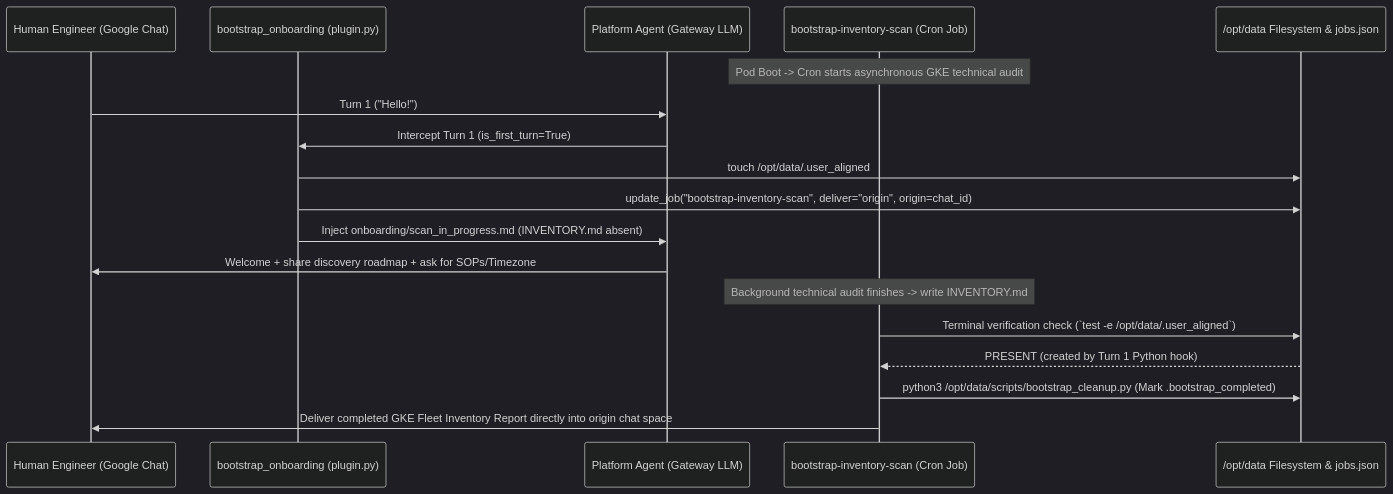
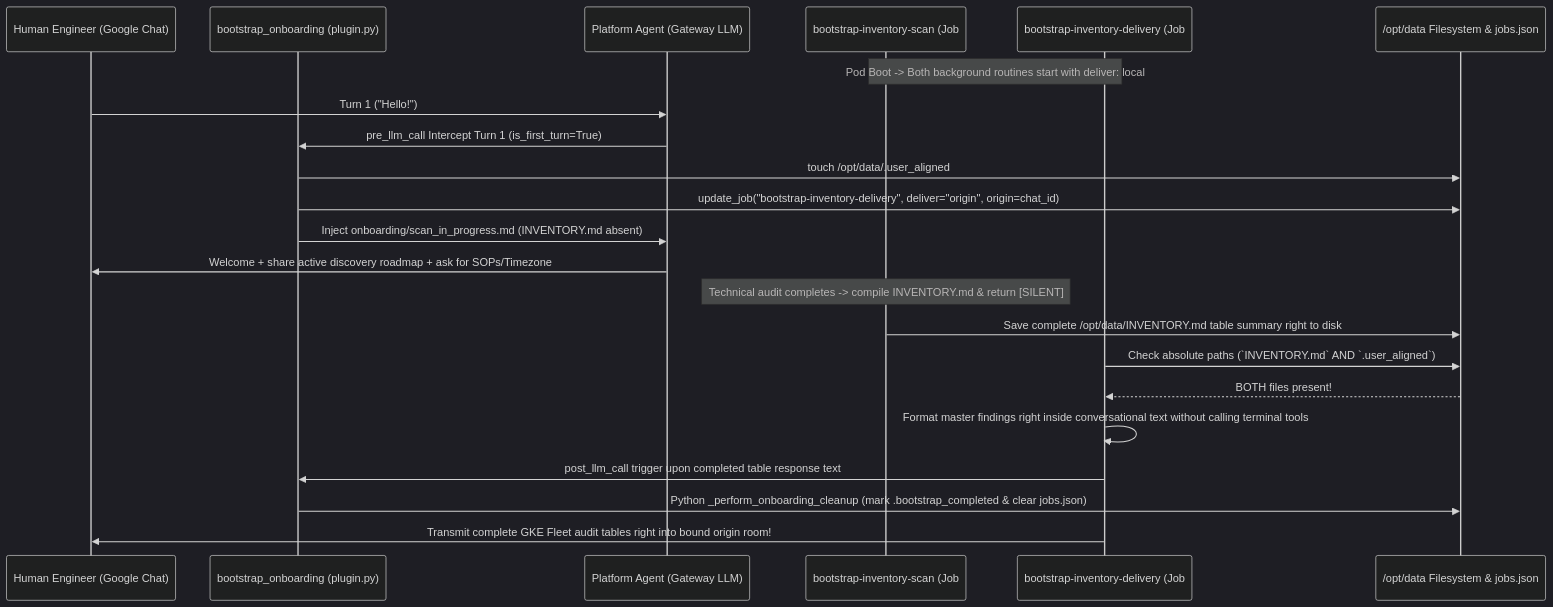
The second of 3 diagrams in agents/platform/plugins/bootstrap_onboarding/README.md (gke-labs/kube-agents), drawn with Mermaid (dark theme) before and after one commit. The commit also changed other lines of this file and 4 other files, not shown here.

First line of the commit message:
feat(platform): implement dual-cron onboarding routines and embedded python lifecycle self-cleanup

````diff
--- a/agents/platform/plugins/bootstrap_onboarding/README.md
+++ b/agents/platform/plugins/bootstrap_onboarding/README.md
@@ -58,21 +69,25 @@
 ```mermaid
 sequenceDiagram
     participant User as Human Engineer (Google Chat)
     participant Hook as bootstrap_onboarding (plugin.py)
     participant Agent as Platform Agent (Gateway LLM)
-    participant Cron as bootstrap-inventory-scan (Cron Job)
+    participant Scan as bootstrap-inventory-scan (Job #1)
+    participant Notify as bootstrap-inventory-delivery (Job #2)
     participant Disk as /opt/data Filesystem & jobs.json
 
-    Note over Cron: Pod Boot -> Cron starts asynchronous GKE technical audit
+    Note over Scan,Notify: Pod Boot -> Both background routines start with deliver: local
     User->>Agent: Turn 1 ("Hello!")
-    Agent->>Hook: Intercept Turn 1 (is_first_turn=True)
+    Agent->>Hook: pre_llm_call Intercept Turn 1 (is_first_turn=True)
     Hook->>Disk: touch /opt/data/.user_aligned
-    Hook->>Disk: update_job("bootstrap-inventory-scan", deliver="origin", origin=chat_id)
+    Hook->>Disk: update_job("bootstrap-inventory-delivery", deliver="origin", origin=chat_id)
     Hook->>Agent: Inject onboarding/scan_in_progress.md (INVENTORY.md absent)
-    Agent->>User: Welcome + share discovery roadmap + ask for SOPs/Timezone
-    Note over Cron: Background technical audit finishes -> write INVENTORY.md
-    Cron->>Disk: Terminal verification check (`test -e /opt/data/.user_aligned`)
-    Disk-->>Cron: PRESENT (created by Turn 1 Python hook)
-    Cron->>Disk: python3 /opt/data/scripts/bootstrap_cleanup.py (Mark .bootstrap_completed)
-    Cron->>User: Deliver completed GKE Fleet Inventory Report directly into origin chat space
+    Agent->>User: Welcome + share active discovery roadmap + ask for SOPs/Timezone
+    Note over Scan: Technical audit completes -> compile INVENTORY.md & return [SILENT]
+    Scan->>Disk: Save complete /opt/data/INVENTORY.md table summary right to disk
+    Notify->>Disk: Check absolute paths (`INVENTORY.md` AND `.user_aligned`)
+    Disk-->>Notify: BOTH files present!
+    Notify->>Notify: Format master findings right inside conversational text without calling terminal tools
+    Notify->>Hook: post_llm_call trigger upon completed table response text
+    Hook->>Disk: Python _perform_onboarding_cleanup (mark .bootstrap_completed & clear jobs.json)
+    Notify->>User: Transmit complete GKE Fleet audit tables right into bound origin room!
 ```
````
